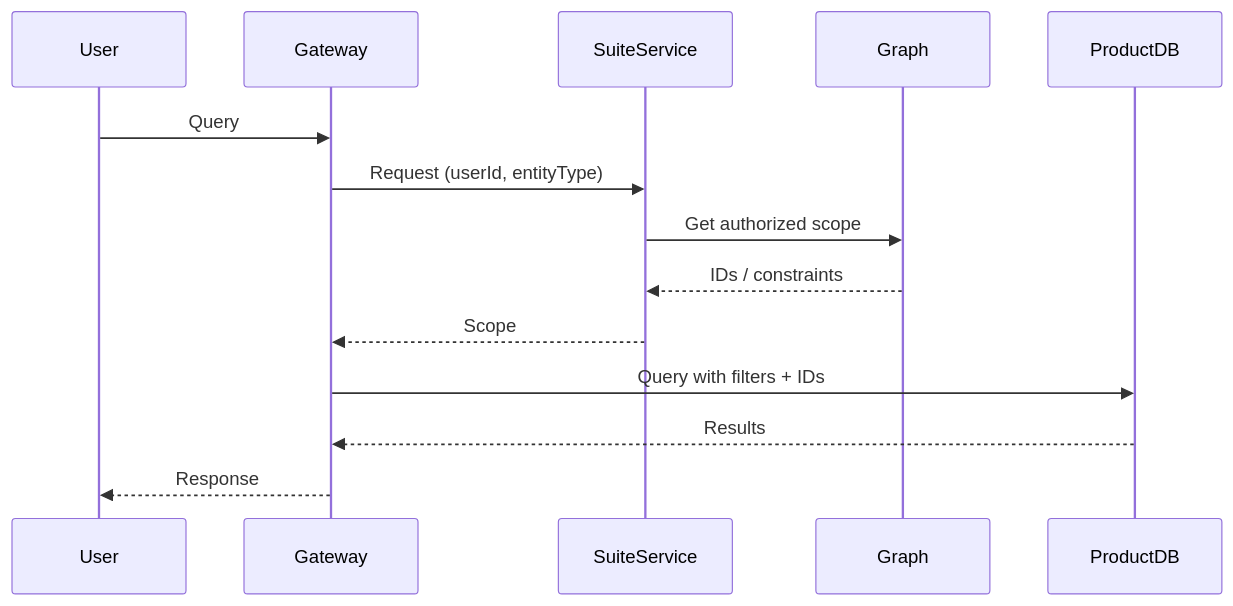
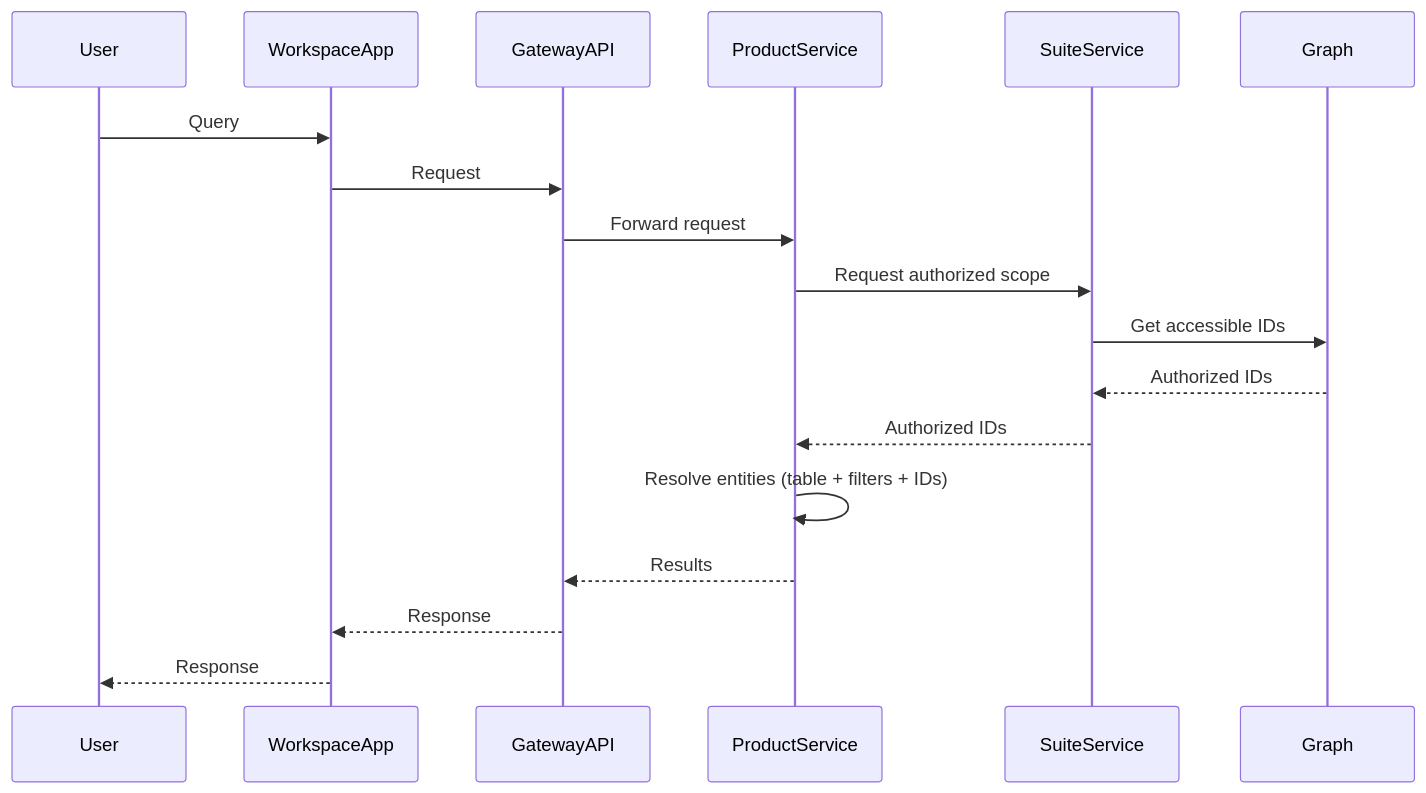
The sixth of 9 diagrams in _drafts/2026-04-23-The-Platform.md (Jacovlogg/jacovlogg.github.io), drawn with Mermaid before and after one commit. The commit also changed other lines of this file and 2 other files, not shown here.

````diff
--- a/_drafts/2026-04-23-The-Platform.md
+++ b/_drafts/2026-04-23-The-Platform.md
@@ -205,17 +229,21 @@
 ```mermaid
 sequenceDiagram
     participant User
-    participant Gateway
+    participant WorkspaceApp
+    participant GatewayAPI
+    participant ProductService
     participant SuiteService
     participant Graph
-    participant ProductDB
 
-    User->>Gateway: Query
-    Gateway->>SuiteService: Request (userId, entityType)
-    SuiteService->>Graph: Get authorized scope
-    Graph-->>SuiteService: IDs / constraints
-    SuiteService-->>Gateway: Scope
-    Gateway->>ProductDB: Query with filters + IDs
-    ProductDB-->>Gateway: Results
-    Gateway-->>User: Response
+    User->>WorkspaceApp: Query
+    WorkspaceApp->>GatewayAPI: Request
+    GatewayAPI->>ProductService: Forward request
+    ProductService->>SuiteService: Request authorized scope
+    SuiteService->>Graph: Get accessible IDs
+    Graph-->>SuiteService: Authorized IDs
+    SuiteService-->>ProductService: Authorized IDs
+    ProductService->>ProductService: Resolve entities (table + filters + IDs)
+    ProductService-->>GatewayAPI: Results
+    GatewayAPI-->>WorkspaceApp: Response
+    WorkspaceApp-->>User: Response
 ```
````
